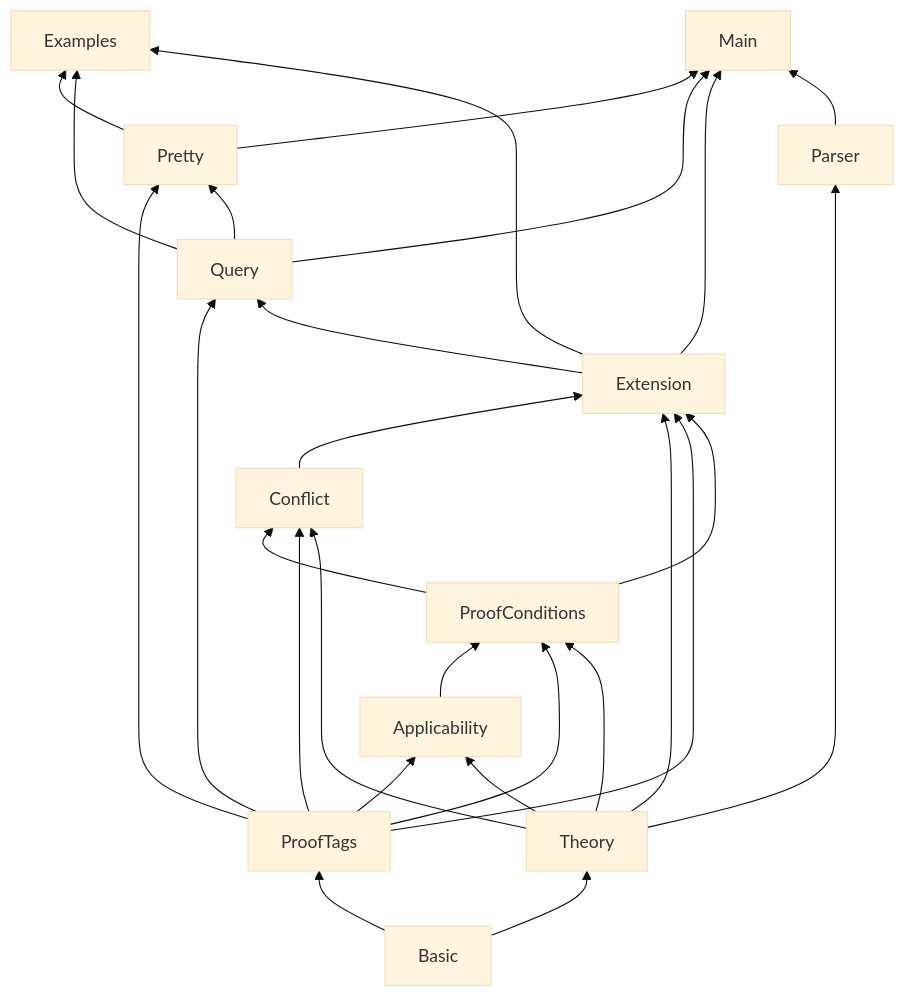
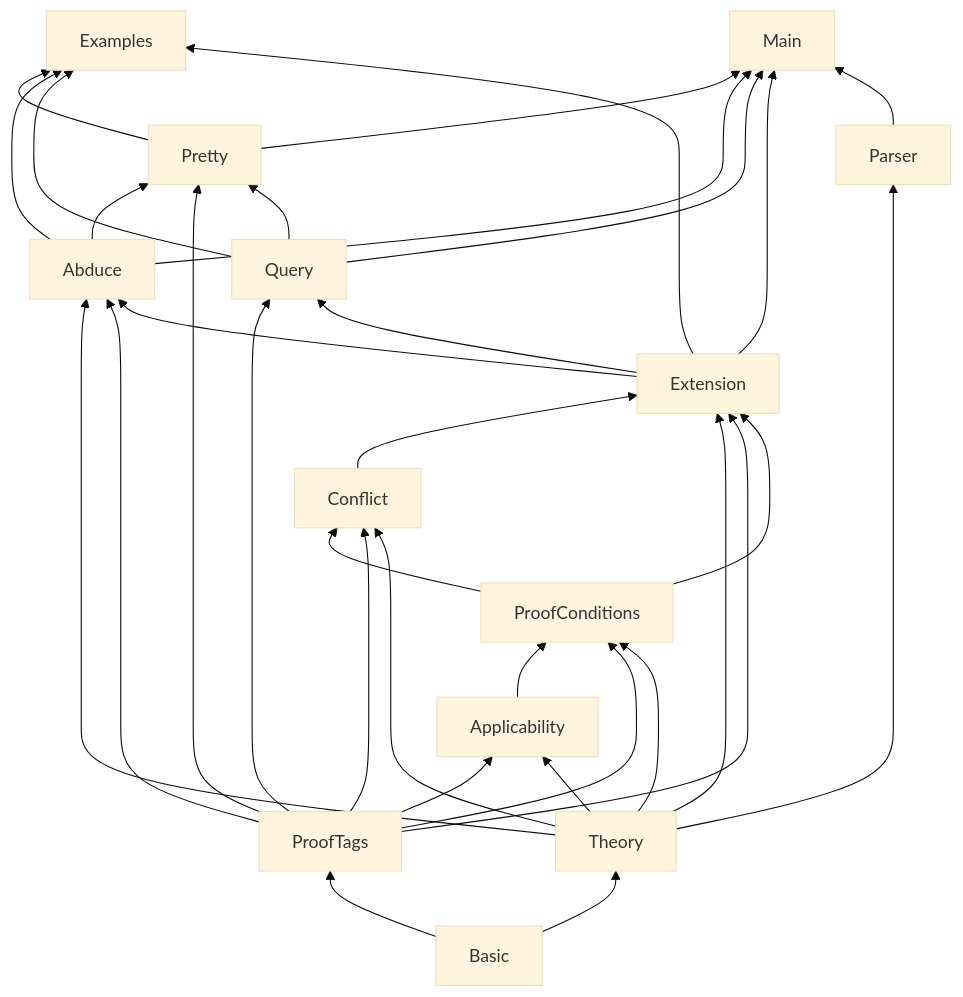
Before and after one commit to Flecart/deontic: the diagram in docs/architecture.md, drawn with Mermaid (base theme). The commit also changed other lines of this file and 5 other files, not shown here.

````diff
--- a/docs/architecture.md
+++ b/docs/architecture.md
@@ -164,29 +172,35 @@
 ```mermaid
 flowchart BT
   Basic --> Theory
   Basic --> ProofTags
   Theory --> Applicability
   ProofTags --> Applicability
   Theory --> ProofConditions
   ProofTags --> ProofConditions
   Applicability --> ProofConditions
   Theory --> Conflict
   ProofTags --> Conflict
   ProofConditions --> Conflict
   ProofConditions --> Extension
   ProofTags --> Extension
   Theory --> Extension
   Conflict --> Extension
+  Extension --> Abduce
+  ProofTags --> Abduce
+  Theory --> Abduce
   Extension --> Query
   ProofTags --> Query
   Query --> Pretty
   ProofTags --> Pretty
+  Abduce --> Pretty
   Theory --> Parser
   Extension --> Examples
   Query --> Examples
+  Abduce --> Examples
   Pretty --> Examples
   Parser --> Main
   Extension --> Main
   Query --> Main
+  Abduce --> Main
   Pretty --> Main
 ```
````
